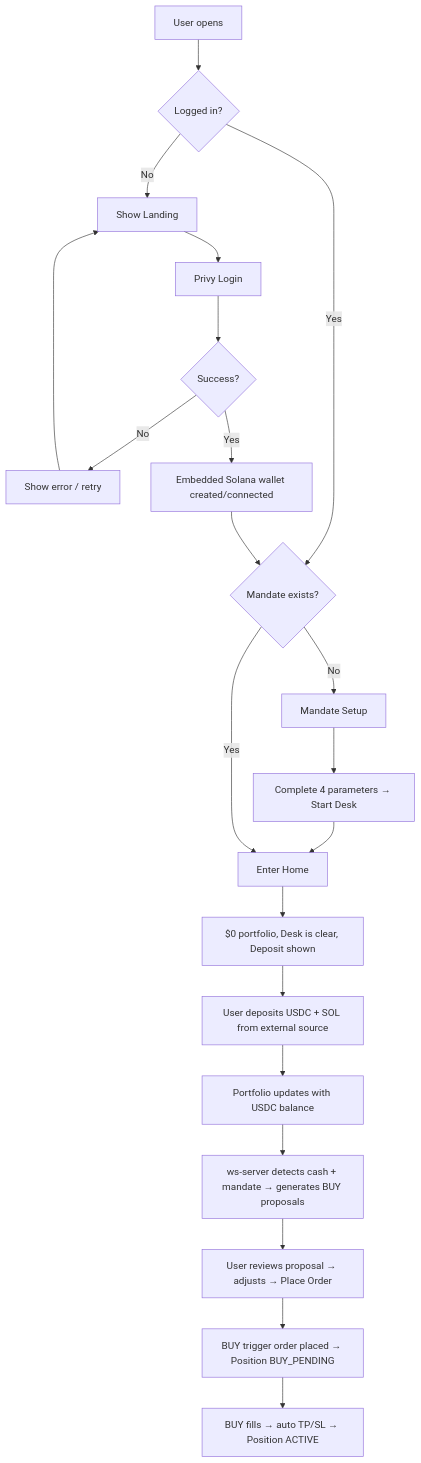
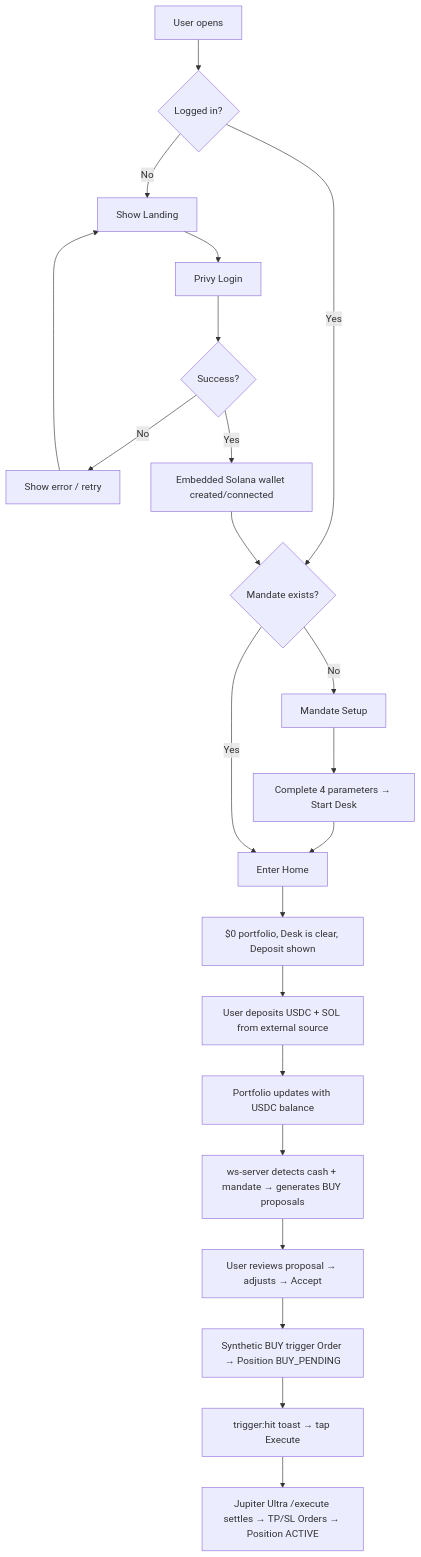
One commit to Omnis-Labs/tickr-ai changed the first of 7 diagrams in docs/screens-and-flows.md. Above: the diagram before and after it, drawn with Mermaid. The commit also changed other lines of this file and 18 other files, not shown here.

````diff
--- a/docs/screens-and-flows.md
+++ b/docs/screens-and-flows.md
@@ -339,23 +339,24 @@
 ```mermaid
 flowchart TD
     A[User opens <app-domain>] --> B{Logged in?}
     B -- No --> C[Show Landing]
     C --> D[Privy Login]
     D --> E{Success?}
     E -- No --> E1[Show error / retry]
     E1 --> C
     E -- Yes --> E2[Embedded Solana wallet created/connected]
     B -- Yes --> F{Mandate exists?}
     E2 --> F
     F -- No --> G[Mandate Setup]
     G --> H[Complete 4 parameters → Start Desk]
     H --> I[Enter Home]
     F -- Yes --> I
     I --> J[$0 portfolio, Desk is clear, Deposit shown]
     J --> K[User deposits USDC + SOL from external source]
     K --> L[Portfolio updates with USDC balance]
     L --> M[ws-server detects cash + mandate → generates BUY proposals]
-    M --> N[User reviews proposal → adjusts → Place Order]
-    N --> O[BUY trigger order placed → Position BUY_PENDING]
-    O --> P[BUY fills → auto TP/SL → Position ACTIVE]
+    M --> N[User reviews proposal → adjusts → Accept]
+    N --> O[Synthetic BUY trigger Order → Position BUY_PENDING]
+    O --> P[trigger:hit toast → tap Execute]
+    P --> Q[Jupiter Ultra /execute settles → TP/SL Orders → Position ACTIVE]
 ```
````
